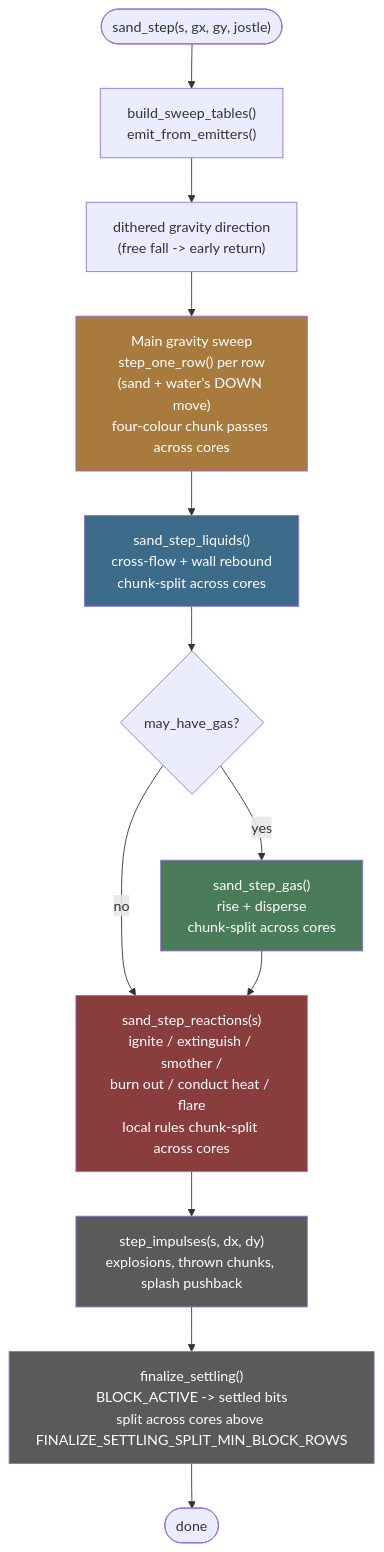
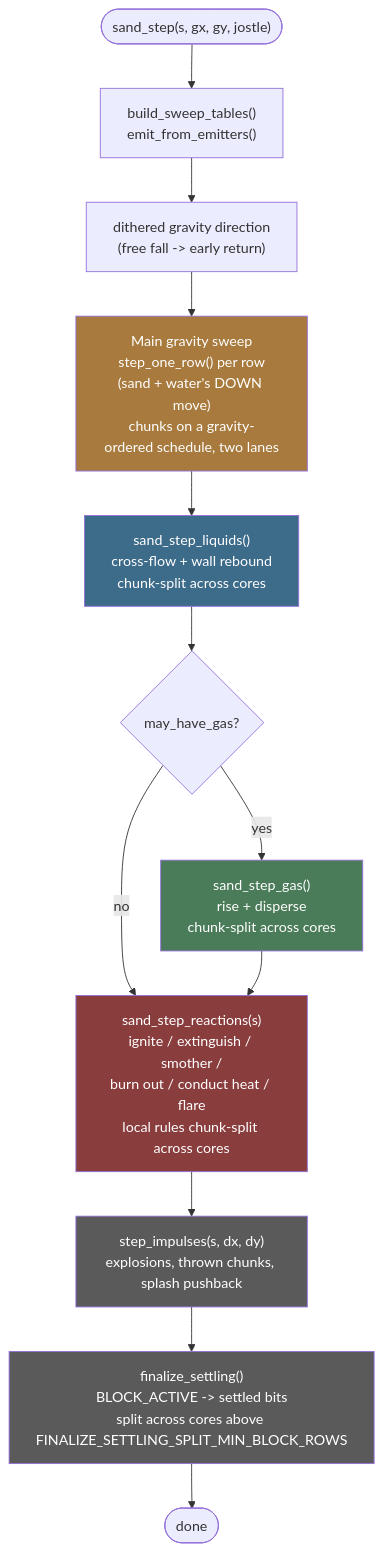
The first of 2 diagrams in docs/sand/Architecture.md (jose-villegas/autana), drawn with Mermaid before and after one commit. The commit also changed other lines of this file and 11 other files, not shown here.

Commit message:
sand: sweep chunks downstream-first instead of in four colours

````diff
--- a/docs/sand/Architecture.md
+++ b/docs/sand/Architecture.md
@@ -171,31 +171,31 @@
 ```mermaid
 flowchart TD
     Start(["sand_step(s, gx, gy, jostle)"]) --> Mom["build_sweep_tables()\nemit_from_emitters()"]
     Mom --> Dith["dithered gravity direction\n(free fall -> early return)"]
     Dith --> Sweep["Main gravity sweep
 step_one_row() per row
 (sand + water's DOWN move)
-four-colour chunk passes across cores"]
+chunks on a gravity-ordered schedule, two lanes"]
     Sweep --> Liq["sand_step_liquids()
 cross-flow + wall rebound
 chunk-split across cores"]
     Liq --> GasCheck{"may_have_gas?"}
     GasCheck -- yes --> Gas["sand_step_gas()
 rise + disperse
 chunk-split across cores"]
     GasCheck -- no --> React
     Gas --> React["sand_step_reactions(s)
 ignite / extinguish / smother /
 burn out / conduct heat / flare
 local rules chunk-split across cores"]
     React --> Imp["step_impulses(s, dx, dy)\nexplosions, thrown chunks, splash pushback"]
     Imp --> Fin["finalize_settling()\nBLOCK_ACTIVE -> settled bits\nsplit across cores above FINALIZE_SETTLING_SPLIT_MIN_BLOCK_ROWS"]
     Fin --> End(["done"])
 
     style Sweep fill:#a87a3d,color:#fff
     style Liq fill:#3d6b8a,color:#fff
     style Gas fill:#4a7c59,color:#fff
     style React fill:#8a3d3d,color:#fff
     style Imp fill:#5a5a5a,color:#fff
     style Fin fill:#5a5a5a,color:#fff
 ```
````
